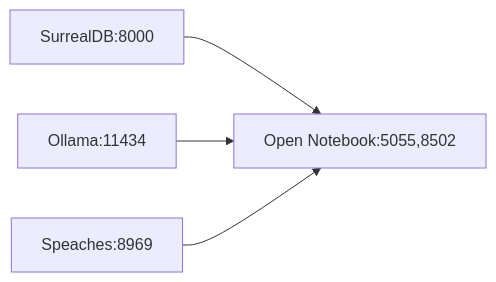
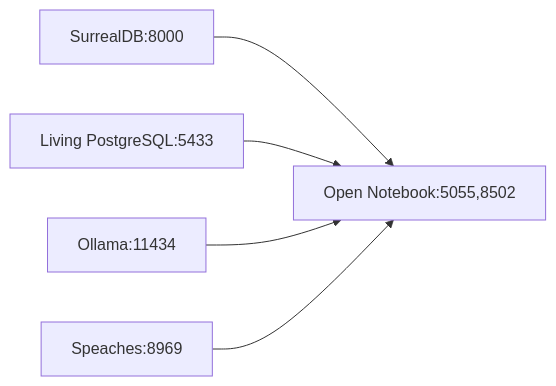
One commit to jackeyunjie/open-notebook changed the fourth of 7 diagrams in .qoder/repowiki/zh/content/安装与部署/Docker Compose 部署.md. Above: the diagram before and after it, drawn with Mermaid. The commit also changed other lines of this file and 51 other files, not shown here.

````diff
--- a/.qoder/repowiki/zh/content/安装与部署/Docker Compose 部署.md
+++ b/.qoder/repowiki/zh/content/安装与部署/Docker Compose 部署.md
@@ -358,6 +432,7 @@
 ```mermaid
 graph LR
 DB["SurrealDB:8000"] --> APP["Open Notebook:5055,8502"]
+LPG["Living PostgreSQL:5433"] --> APP
 OLL["Ollama:11434"] --> APP
 SPE["Speaches:8969"] --> APP
 ```
````
